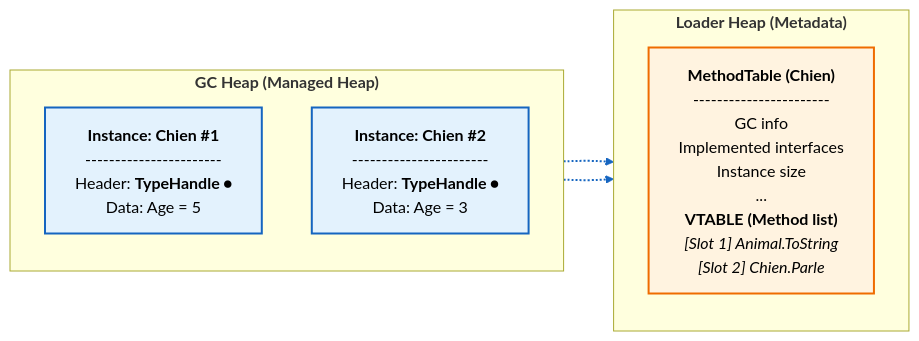
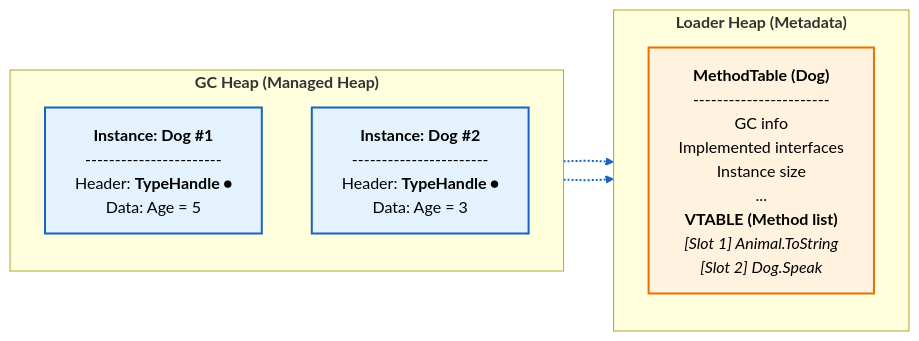
One commit to Yanal-Yves/blog changed the first of 2 diagrams in content.en/programmation/polymorphisme/_index.md. Above: the diagram before and after it, drawn with Mermaid. The commit also changed other lines of this file and 6 other files, not shown here.

````diff
--- a/content.en/programmation/polymorphisme/_index.md
+++ b/content.en/programmation/polymorphisme/_index.md
@@ -120,34 +120,34 @@
 ```mermaid
 flowchart LR
-    %% Définition des styles pour différencier les zones
+    %% Style definitions to distinguish the zones
     classDef heapObject fill:#e3f2fd,stroke:#1565c0,stroke-width:2px,color:black;
     classDef metaData fill:#fff3e0,stroke:#ef6c00,stroke-width:2px,color:black;
     classDef invisible fill:none,stroke:none;
 
-    %% ZONE 1 : LE TAS (Où vivent les instances)
+    %% ZONE 1: THE HEAP (where instances live)
     subgraph HEAP ["<b>GC Heap (Managed Heap)</b>"]
         direction TB
         
         %% Instance 1
-        chien1["<b>Instance: Chien #1</b><br/>-----------------------<br/>Header: <b>TypeHandle</b> ⏺<br/>Data: Age = 5"]:::heapObject
+        dog1["<b>Instance: Dog #1</b><br/>-----------------------<br/>Header: <b>TypeHandle</b> ⏺<br/>Data: Age = 5"]:::heapObject
         
         %% Instance 2
-        chien2["<b>Instance: Chien #2</b><br/>-----------------------<br/>Header: <b>TypeHandle</b> ⏺<br/>Data: Age = 3"]:::heapObject
+        dog2["<b>Instance: Dog #2</b><br/>-----------------------<br/>Header: <b>TypeHandle</b> ⏺<br/>Data: Age = 3"]:::heapObject
     end
 
-    %% ZONE 2 : LE LOADER HEAP (Où vivent les types)
+    %% ZONE 2: THE LOADER HEAP (where types live)
     subgraph LOADER ["<b>Loader Heap (Metadata)</b>"]
         direction TB
         
-        %% La MethodTable unique
-        mtChien["<b>MethodTable (Chien)</b><br/>-----------------------<br/>GC info <br/>Implemented interfaces<br/>Instance size<br/>...<br/><b>VTABLE (Method list)</b><br/><i>[Slot 1] Animal.ToString</i><br/><i>[Slot 2] Chien.Parle</i>"]:::metaData
+        %% The single MethodTable
+        mtDog["<b>MethodTable (Dog)</b><br/>-----------------------<br/>GC info <br/>Implemented interfaces<br/>Instance size<br/>...<br/><b>VTABLE (Method list)</b><br/><i>[Slot 1] Animal.ToString</i><br/><i>[Slot 2] Dog.Speak</i>"]:::metaData
     end
 
-    %% RELATIONS (Les pointeurs)
-    %% On fait partir les flèches des objets vers la table commune
-    chien1 -.-> mtChien
-    chien2 -.-> mtChien
+    %% RELATIONS (the pointers)
+    %% Arrows go from the objects to the shared table
+    dog1 -.-> mtDog
+    dog2 -.-> mtDog
 
-    %% Légende explicative sur le lien
+    %% Explanatory legend on the link
     linkStyle 0,1 stroke:#1565c0,stroke-width:2px,dasharray: 5 5;
 ```
````
